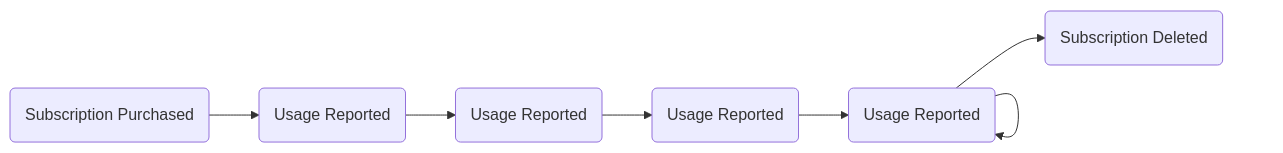
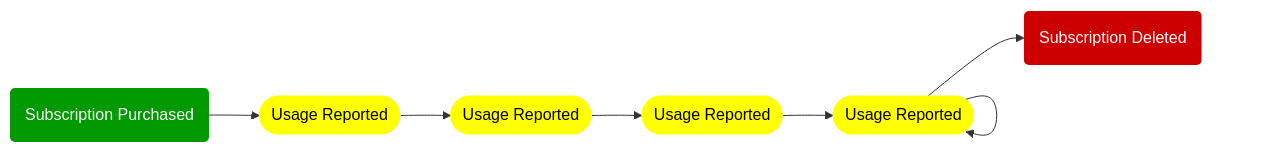
Before and after one commit to microsoft/metered-billing-accelerator: the diagram in src/pattern.md, drawn with Mermaid. The commit also changed other lines of this file and 2 other files, not shown here.

````diff
--- a/src/pattern.md
+++ b/src/pattern.md
@@ -78,6 +153,17 @@
 ```mermaid
 graph LR
-	Purchase(Subscription Purchased) --> U1(Usage Reported)--> U2(Usage Reported)--> U5(Usage Reported) --> U3(Usage Reported)
-	U3 --> U3
-	U3 --> Deleted(Subscription Deleted)
+	Purchase(Subscription Purchased) 
+	   --> U1([Usage Reported])
+	   --> U2([Usage Reported])
+	   --> U3([Usage Reported])
+	   --> U4([Usage Reported])
+       --> U4
+	   --> Deleted(Subscription Deleted)
+	
+	style Purchase fill:#090,color:#fff,stroke-width:0px
+	style Deleted fill:#c00,color:#fff,stroke-width:0px
+	style U1 fill:#ff0,color:#000,stroke-width:0px
+	style U2 fill:#ff0,color:#000,stroke-width:0px
+	style U3 fill:#ff0,color:#000,stroke-width:0px
+    style U4 fill:#ff0,color:#000,stroke-width:0px
 ```
````
